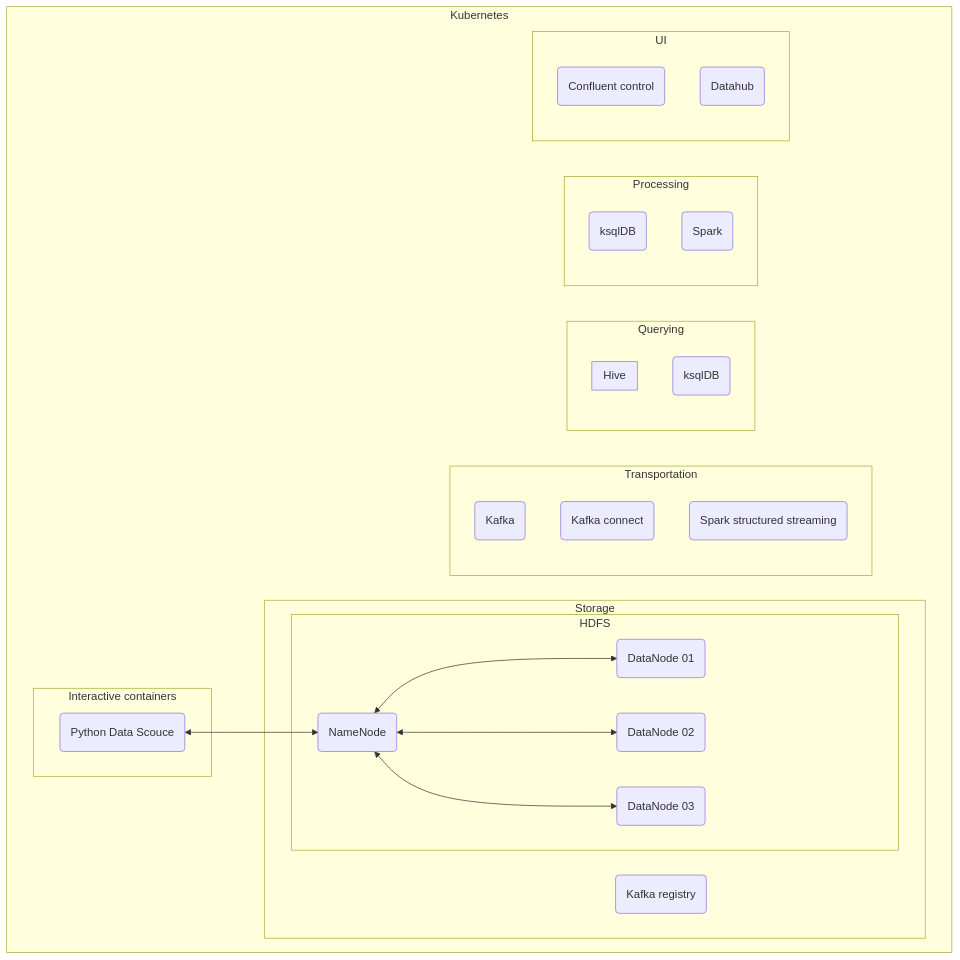
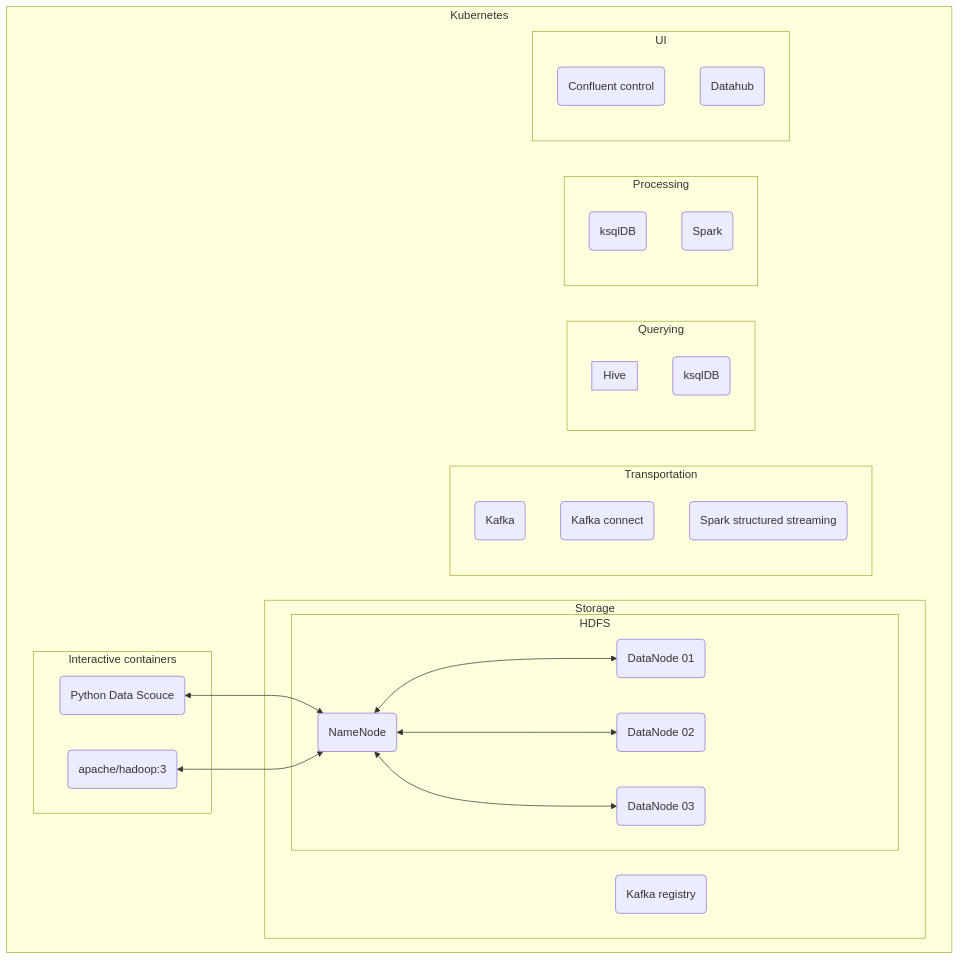
One commit to jakobhviid/BigDataCourseExercises changed the diagram in README.md. Above: the diagram before and after it, drawn with Mermaid. The commit also changed other lines of this file, not shown here.

Commit message:
updated graph

````diff
--- a/README.md
+++ b/README.md
@@ -17,49 +17,50 @@
 ```mermaid
 graph
 
 subgraph Kubernetes
     subgraph Storage 
     
         subgraph HDFS
             namenode(NameNode)
             datanode01(DataNode 01)
             datanode02(DataNode 02)
             datanode03(DataNode 03)
             namenode <--> datanode01 & datanode02 & datanode03
         end
         registry(Kafka registry)
     end
 
     subgraph Transportation
         transkafka(Kafka)
         transconnect(Kafka connect)
         transspark(Spark structured streaming)
     end
     subgraph Interactive containers
         ubuntupy(Python Data Scouce)
+        apachehadoop(apache/hadoop:3)
     end
     
     subgraph Querying
         subgraph Hive
         end
         queryksqldb(ksqlDB)
     end
     
     
     subgraph Processing
         processksqldb(ksqlDB)
         processspark(Spark)
     end
 
 
     subgraph UI
         uiconcontrol(Confluent control)
         uidatahub(Datahub)
     end
 
-ubuntupy <--> namenode
+ubuntupy & apachehadoop <--> namenode
 
 end
 
 
 ```
````
